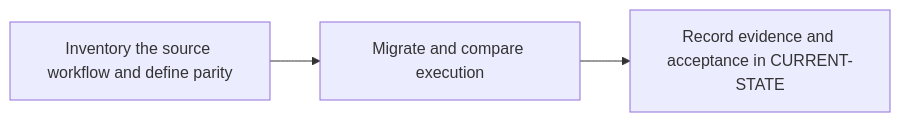
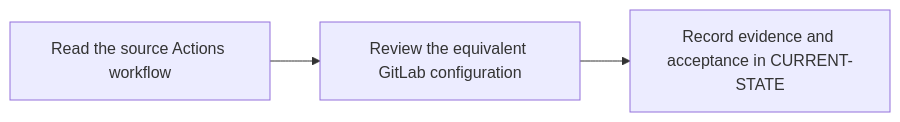
One commit to cdcdd15/git-runners-rust changed the diagram in docs/roadmap/P7.md. Above: the diagram before and after it, drawn with Mermaid. The commit also changed other lines of this file and 22 other files, not shown here.

Commit message:
docs: complete P0 and adopt a knowledge-first roadmap

````diff
--- a/docs/roadmap/P7.md
+++ b/docs/roadmap/P7.md
@@ -9,5 +9,5 @@
 ```mermaid
 flowchart LR
-    Input["Inventory the source workflow and define parity"] --> Validation["Migrate and compare execution"]
+    Input["Read the source Actions workflow"] --> Validation["Review the equivalent GitLab configuration"]
     Validation --> Evidence["Record evidence and acceptance in CURRENT-STATE"]
 ```
````
